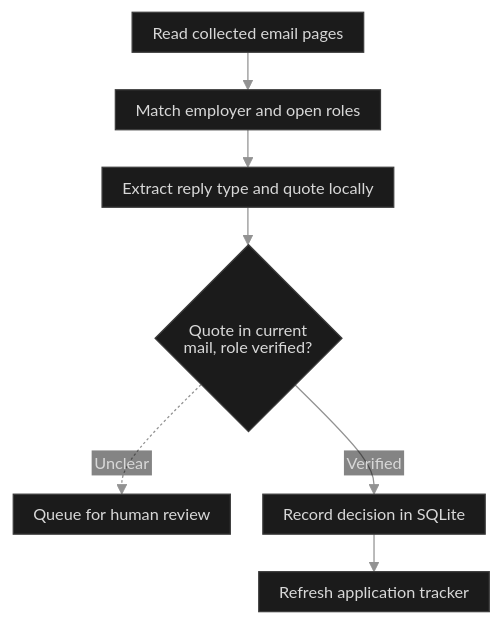
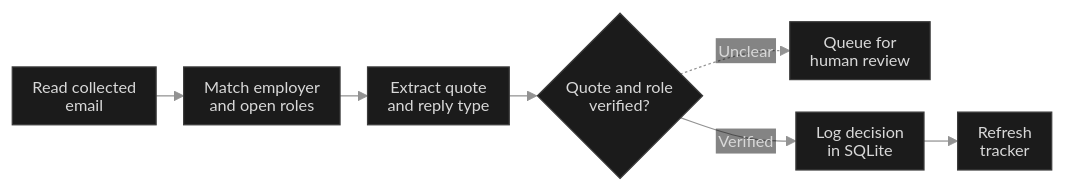
Before and after one commit to kazuall/finance-process-portfolio: the diagram in diagrams/application-replies.mmd, drawn with Mermaid. The commit also changed 35 other files, not shown here.

```diff
--- a/diagrams/application-replies.mmd
+++ b/diagrams/application-replies.mmd
@@ -1,35 +1,35 @@
 ---
 config:
   theme: base
   htmlLabels: false
   themeVariables:
     darkMode: true
     background: '#0a0a0a'
     fontFamily: 'Inter, -apple-system, BlinkMacSystemFont, Segoe UI, sans-serif'
     fontSize: '13px'
     primaryColor: '#1b1b1b'
     primaryTextColor: '#d8d8d8'
     primaryBorderColor: '#3c3c3c'
     lineColor: '#929292'
     edgeLabelBackground: '#0a0a0a'
     textColor: '#d8d8d8'
   flowchart:
     htmlLabels: false
     useMaxWidth: false
     nodeSpacing: 26
-    rankSpacing: 30
+    rankSpacing: 22
     wrappingWidth: 240
     padding: 8
     diagramPadding: 5
     curve: basis
   themeCSS: 'text,tspan{font-family:system-ui,sans-serif!important;font-weight:400!important}.node rect.label-container{rx:3px;ry:3px}.node rect,.node polygon,.flowchart-link{stroke-width:.85px!important}.edgeLabel .labelBkg{fill:#0a0a0a!important;opacity:1!important}.edgeLabel text{fill:#bebebe!important}'
 ---
-flowchart TB
+flowchart LR
   accTitle: Application replies
   accDescr: A local model extracts a reply type and quote. The tracker checks the quote against the message and identifies the specific role. Clear decisions are journalled in SQLite. Conflicting evidence goes to review.
-  pages["Read collected email pages"] --> registry["Match employer and open roles"]
-  registry --> quote["Extract reply type and quote locally"]
-  quote --> proof{"Quote in current<br/>mail, role verified?"}
-  proof -.->|Unclear| review["Queue for human review"]
-  proof -->|Verified| write["Record decision in SQLite"]
-  write --> views["Refresh application tracker"]
+  pages["Read collected<br/>email"] --> registry["Match employer<br/>and open roles"]
+  registry --> quote["Extract quote<br/>and reply type"]
+  quote --> proof{"Quote and role<br/>verified?"}
+  proof -.->|Unclear| review["Queue for<br/>human review"]
+  proof -->|Verified| write["Log decision<br/>in SQLite"]
+  write --> views["Refresh<br/>tracker"]
```
